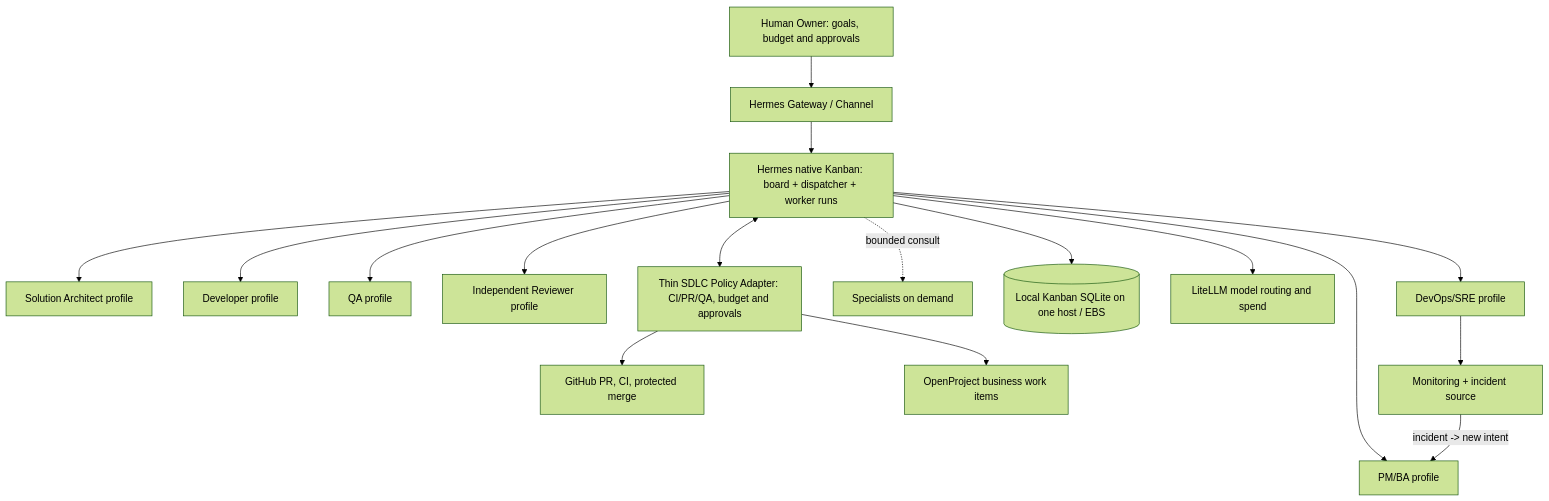
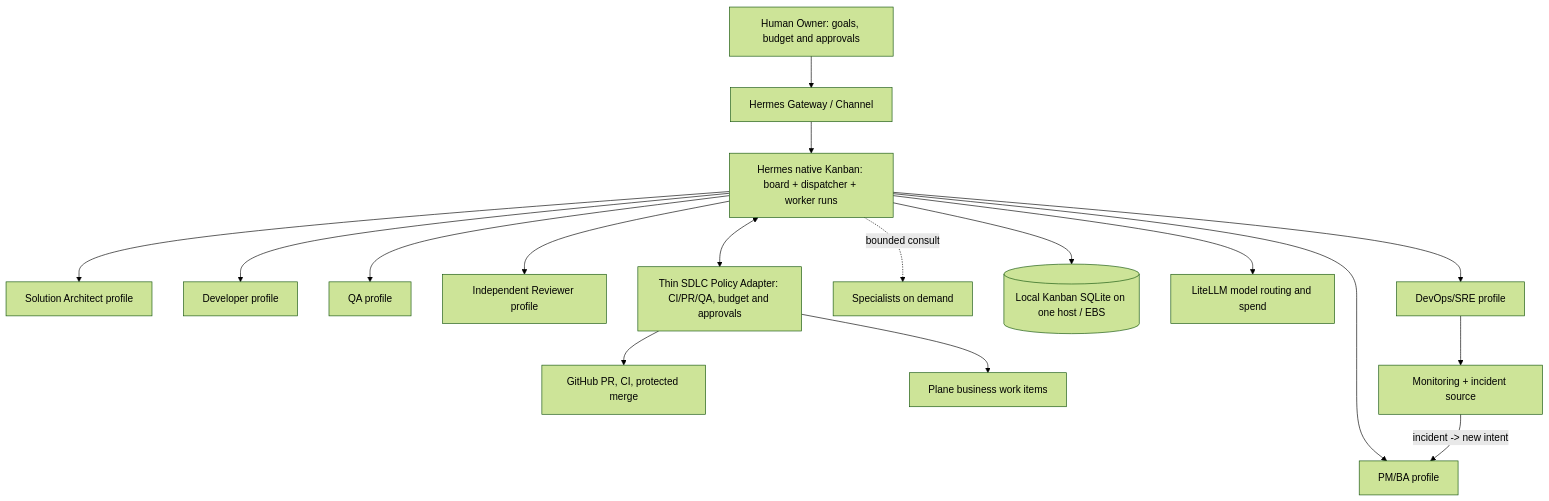
One commit to adisornsir/coe-eap-hermes-orchestration changed the first of 2 diagrams in docs/08-six-stage-role-target.md. Above: the diagram before and after it, drawn with Mermaid (forest theme). The commit also changed other lines of this file and 7 other files, not shown here.

Commit message:
docs(architecture): adopt Plane work management and Telegram Hermes Gateway integration

````diff
--- a/docs/08-six-stage-role-target.md
+++ b/docs/08-six-stage-role-target.md
@@ -11,19 +11,19 @@
 ```mermaid
 flowchart TD
  O["Human Owner: goals, budget and approvals"] --> A["Hermes Gateway / Channel"]
  A --> K["Hermes native Kanban: board + dispatcher + worker runs"]
  K --> PM["PM/BA profile"]
  K --> SA["Solution Architect profile"]
  K --> DEV["Developer profile"]
  K --> QA["QA profile"]
  K --> REV["Independent Reviewer profile"]
  K --> SRE["DevOps/SRE profile"]
  K -. "bounded consult" .-> SP["Specialists on demand"]
  K --> DB[("Local Kanban SQLite on one host / EBS")]
  K --> L["LiteLLM model routing and spend"]
  K <--> G["Thin SDLC Policy Adapter: CI/PR/QA, budget and approvals"]
  G --> GH["GitHub PR, CI, protected merge"]
- G --> OP["OpenProject business work items"]
+ G --> OP["Plane business work items"]
  SRE --> OBS["Monitoring + incident source"]
  OBS -->|"incident -> new intent"| PM
 ```
````
